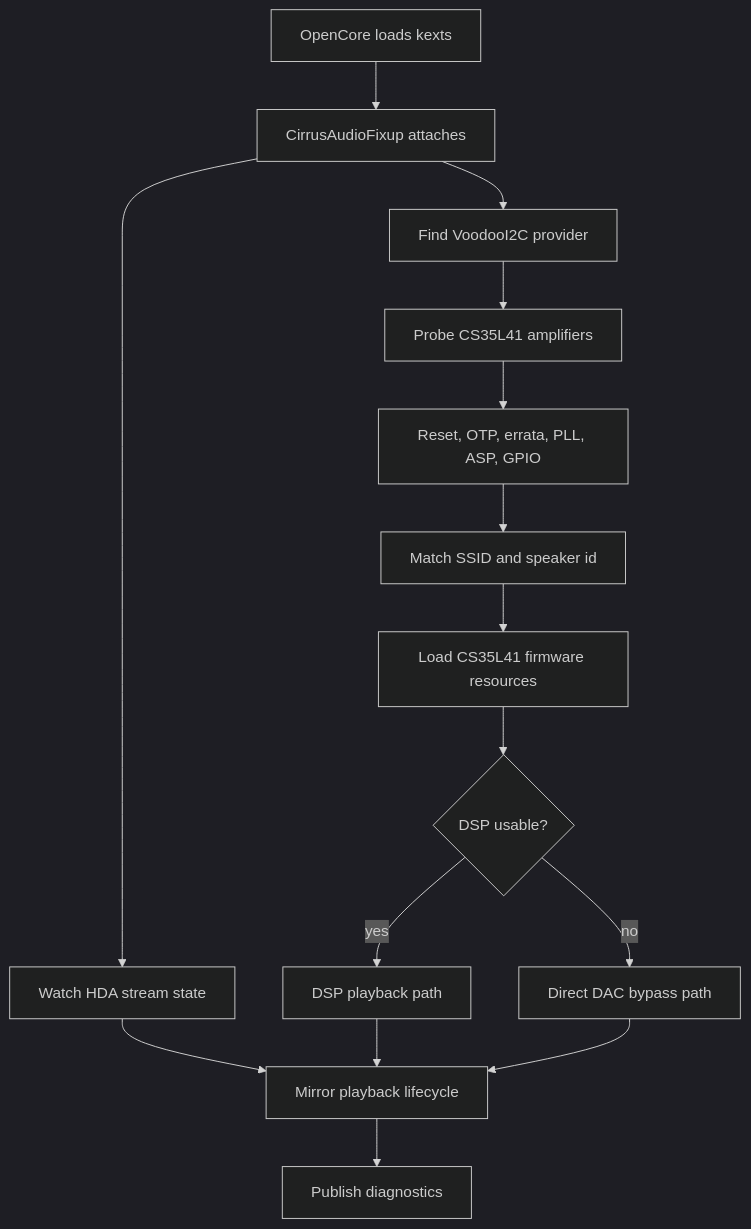
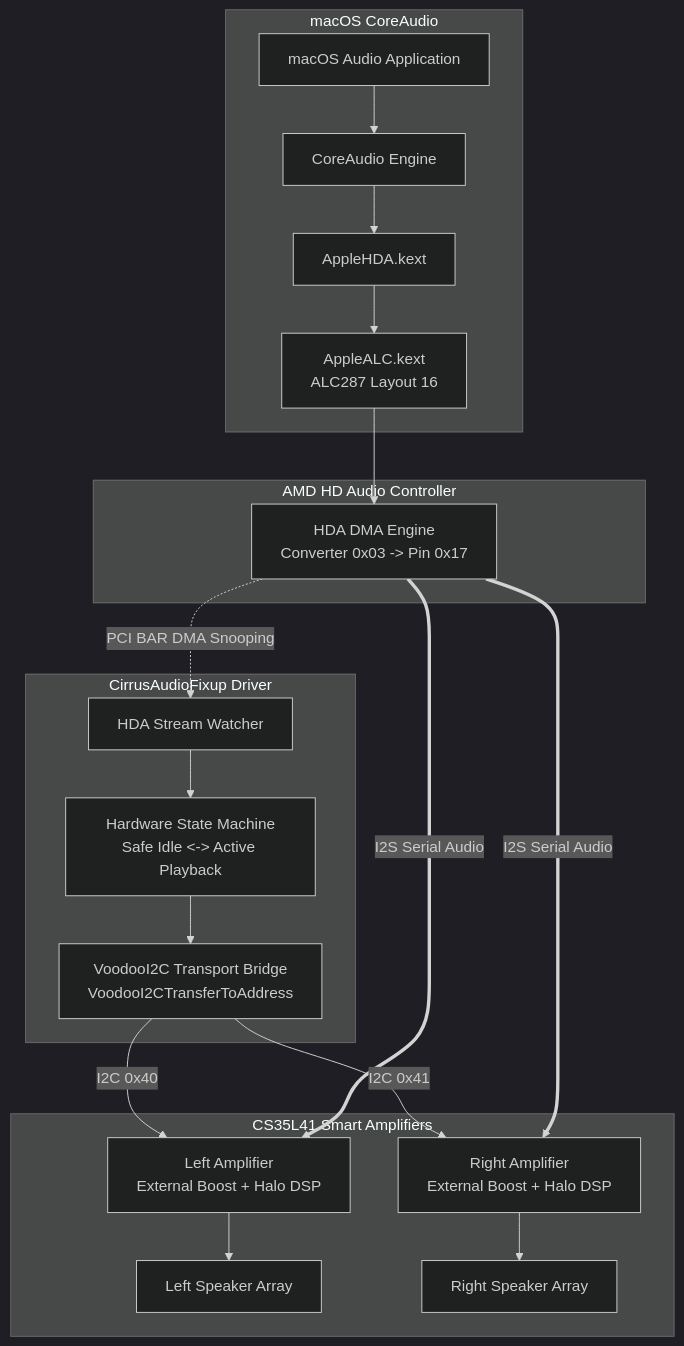
One commit to hoaug-tran/CirrusAudioFixup changed the diagram in README.md. Above: the diagram before and after it, drawn with Mermaid (dark theme). The commit also changed other lines of this file and 1 other file, not shown here.

````diff
--- a/README.md
+++ b/README.md
@@ -145,17 +46,27 @@
 ```mermaid
 flowchart TD
-    Boot[OpenCore loads kexts] --> Attach[CirrusAudioFixup attaches]
-    Attach --> Provider[Find VoodooI2C provider]
-    Provider --> Probe[Probe CS35L41 amplifiers]
-    Probe --> Bringup[Reset, OTP, errata, PLL, ASP, GPIO]
-    Bringup --> Match[Match SSID and speaker id]
-    Match --> Firmware[Load CS35L41 firmware resources]
-    Firmware --> Mode{DSP usable?}
-    Mode -->|yes| DSP[DSP playback path]
-    Mode -->|no| Bypass[Direct DAC bypass path]
-    Attach --> HDA[Watch HDA stream state]
-    HDA --> Power[Mirror playback lifecycle]
-    DSP --> Power
-    Bypass --> Power
-    Power --> Diag[Publish diagnostics]
+    subgraph macOS CoreAudio
+        App[macOS Audio Application] --> CoreAudio[CoreAudio Engine]
+        CoreAudio --> AppleHDA[AppleHDA.kext]
+        AppleHDA --> AppleALC[AppleALC.kext\nALC287 Layout 16]
+    end
+
+    subgraph AMD HD Audio Controller
+        AppleALC --> HDAStream[HDA DMA Engine\nConverter 0x03 -> Pin 0x17]
+    end
+
+    subgraph CirrusAudioFixup Driver
+        HDAStream -.->|PCI BAR DMA Snooping| Watcher[HDA Stream Watcher]
+        Watcher --> FSM[Hardware State Machine\nSafe Idle <-> Active Playback]
+        FSM --> Transport[VoodooI2C Transport Bridge\nVoodooI2CTransferToAddress]
+    end
+
+    subgraph CS35L41 Smart Amplifiers
+        Transport -->|I2C 0x40| AmpL[Left Amplifier\nExternal Boost + Halo DSP]
+        Transport -->|I2C 0x41| AmpR[Right Amplifier\nExternal Boost + Halo DSP]
+        HDAStream ==>|I2S Serial Audio| AmpL
+        HDAStream ==>|I2S Serial Audio| AmpR
+        AmpL --> SpkL[Left Speaker Array]
+        AmpR --> SpkR[Right Speaker Array]
+    end
 ```
````
